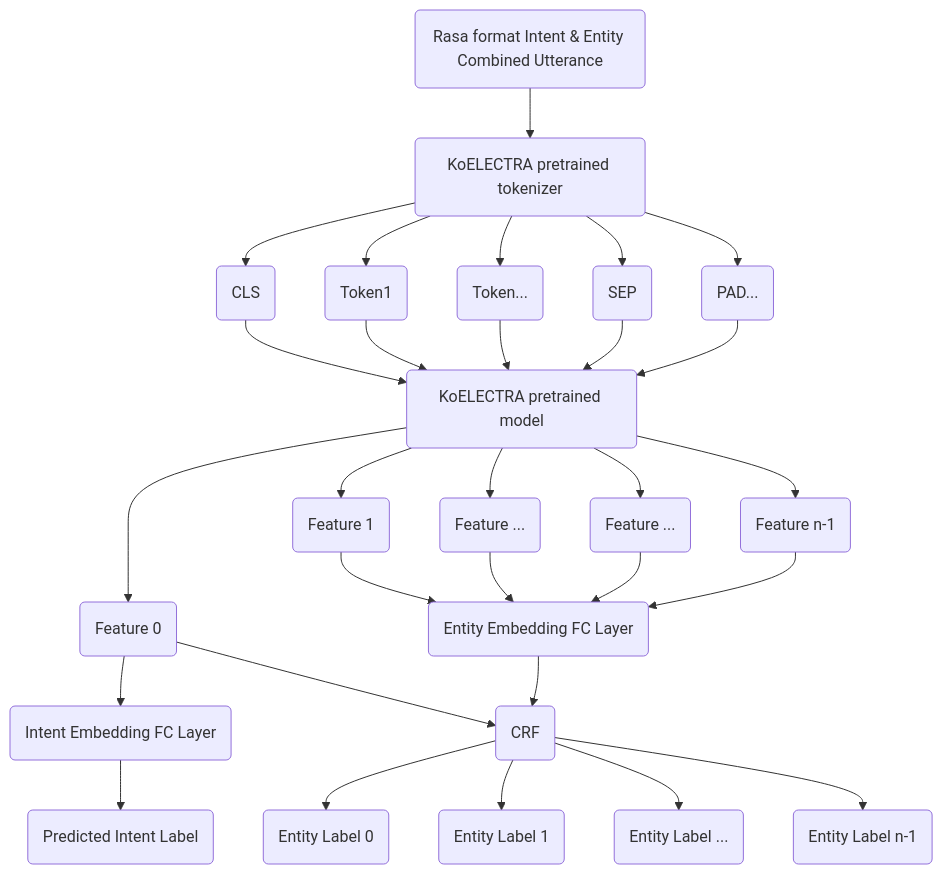
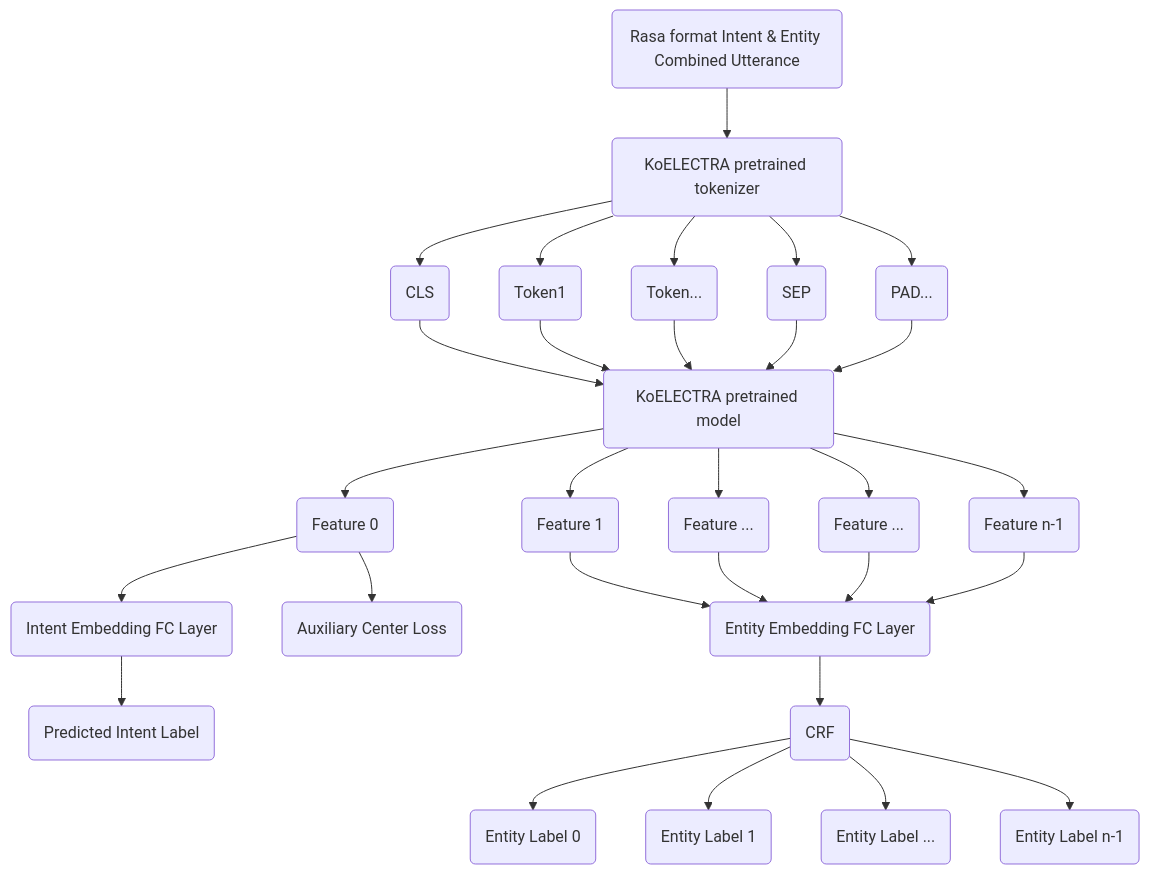
Before and after one commit to cheesama/electrasa: the diagram in README.md, drawn with Mermaid.

Commit message:
modify readme diagram

````diff
--- a/README.md
+++ b/README.md
@@ -5,31 +5,31 @@
 ```mermaid
 graph TD
 A(Rasa format Intent & Entity Combined Utterance) --> B(KoELECTRA pretrained tokenizer)
 B --> C(CLS)
 B --> D(Token1)
 B --> E(Token...)
 B --> F(SEP)
 B --> G(PAD...)
 C --> H(KoELECTRA pretrained model)
 D --> H
 E --> H
 F --> H
 G --> H
 H --> I(Feature 0)
 H --> J(Feature 1)
 H --> K(Feature ...)
 H --> L(Feature ...)
 H --> M(Feature n-1)
 I --> N(Intent Embedding FC Layer)
-I --> U(Auxiliary Center Loss)
+I --> V(Auxiliary Center Loss)
 J --> O(Entity Embedding FC Layer)
 K --> O
 L --> O
 M --> O
 N --> P(Predicted Intent Label)
 O --> U(CRF)
 U --> Q(Entity Label 0)
 U --> R(Entity Label 1)
 U --> S(Entity Label ...)
 U --> T(Entity Label n-1)
 ```
````
